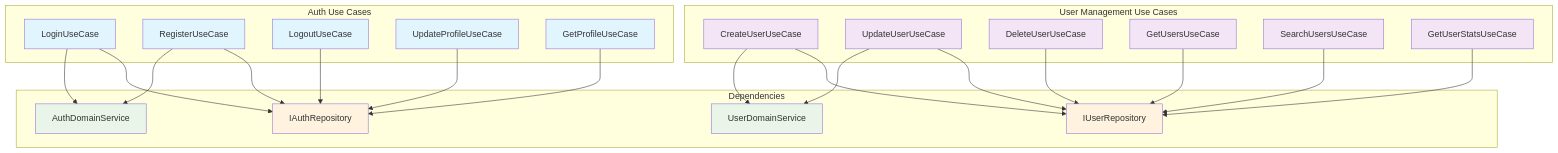
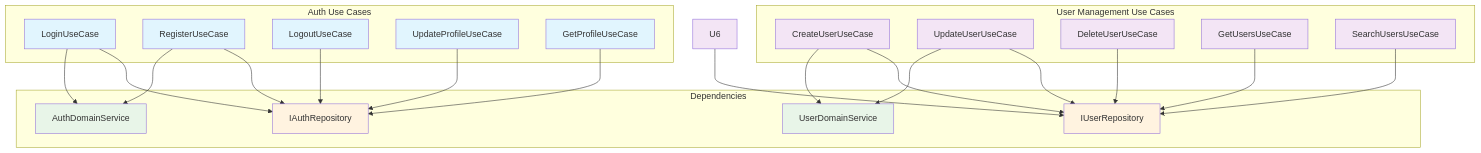
The fifth of 17 diagrams in frontend/docs/architecture/clean-architecture-guide.md (josephnguyen-macusaone/abc-dashboard), drawn with Mermaid before and after one commit. The commit also changed other lines of this file and 95 other files, not shown here.

````diff
--- a/frontend/docs/architecture/clean-architecture-guide.md
+++ b/frontend/docs/architecture/clean-architecture-guide.md
@@ -171,60 +171,59 @@
 ```mermaid
 graph TD
     subgraph "Auth Use Cases"
         A1[LoginUseCase]
         A2[RegisterUseCase]
         A3[LogoutUseCase]
         A4[UpdateProfileUseCase]
         A5[GetProfileUseCase]
     end
 
     subgraph "User Management Use Cases"
         U1[CreateUserUseCase]
         U2[UpdateUserUseCase]
         U3[DeleteUserUseCase]
         U4[GetUsersUseCase]
         U5[SearchUsersUseCase]
-        U6[GetUserStatsUseCase]
     end
 
     subgraph "Dependencies"
         D1[IAuthRepository]
         D2[IUserRepository]
         D3[AuthDomainService]
         D4[UserDomainService]
     end
 
     A1 --> D1
     A2 --> D1
     A3 --> D1
     A4 --> D1
     A5 --> D1
 
     U1 --> D2
     U2 --> D2
     U3 --> D2
     U4 --> D2
     U5 --> D2
     U6 --> D2
 
     A1 --> D3
     A2 --> D3
     U1 --> D4
     U2 --> D4
 
     style A1 fill:#e1f5fe
     style A2 fill:#e1f5fe
     style A3 fill:#e1f5fe
     style A4 fill:#e1f5fe
     style A5 fill:#e1f5fe
     style U1 fill:#f3e5f5
     style U2 fill:#f3e5f5
     style U3 fill:#f3e5f5
     style U4 fill:#f3e5f5
     style U5 fill:#f3e5f5
     style U6 fill:#f3e5f5
     style D1 fill:#fff3e0
     style D2 fill:#fff3e0
     style D3 fill:#e8f5e8
     style D4 fill:#e8f5e8
 ```
````
